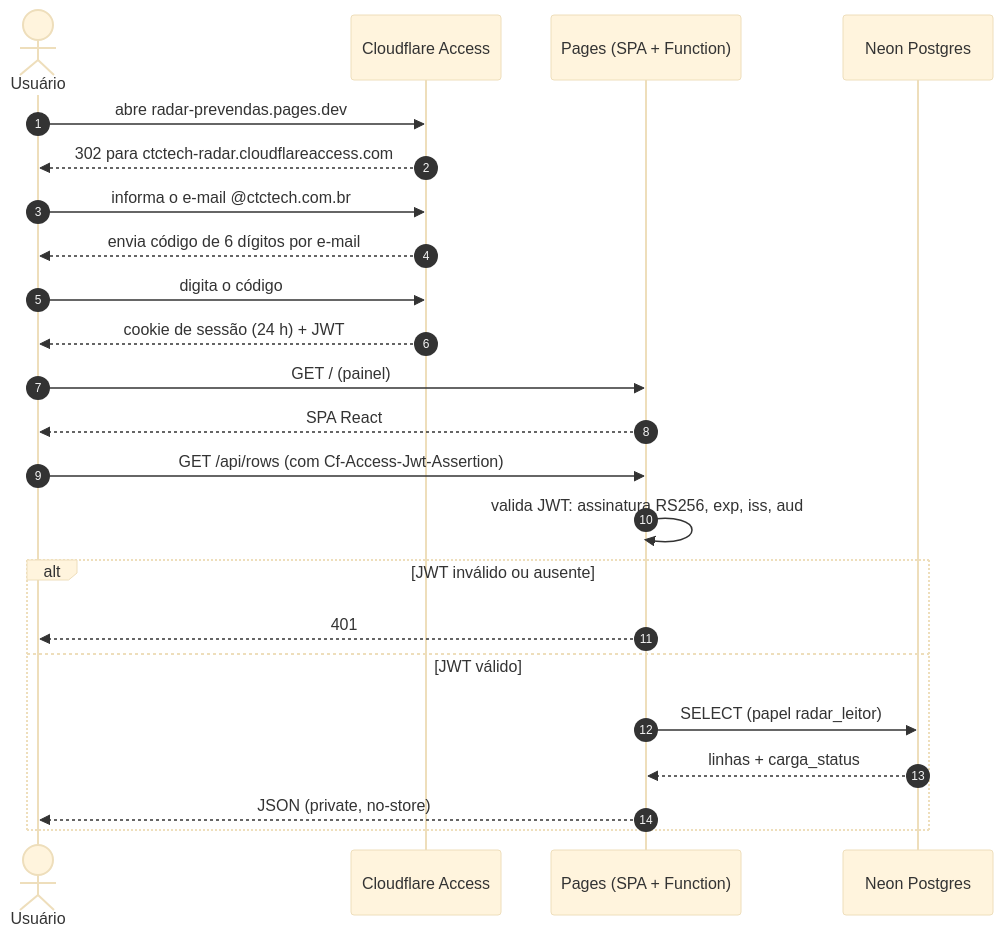
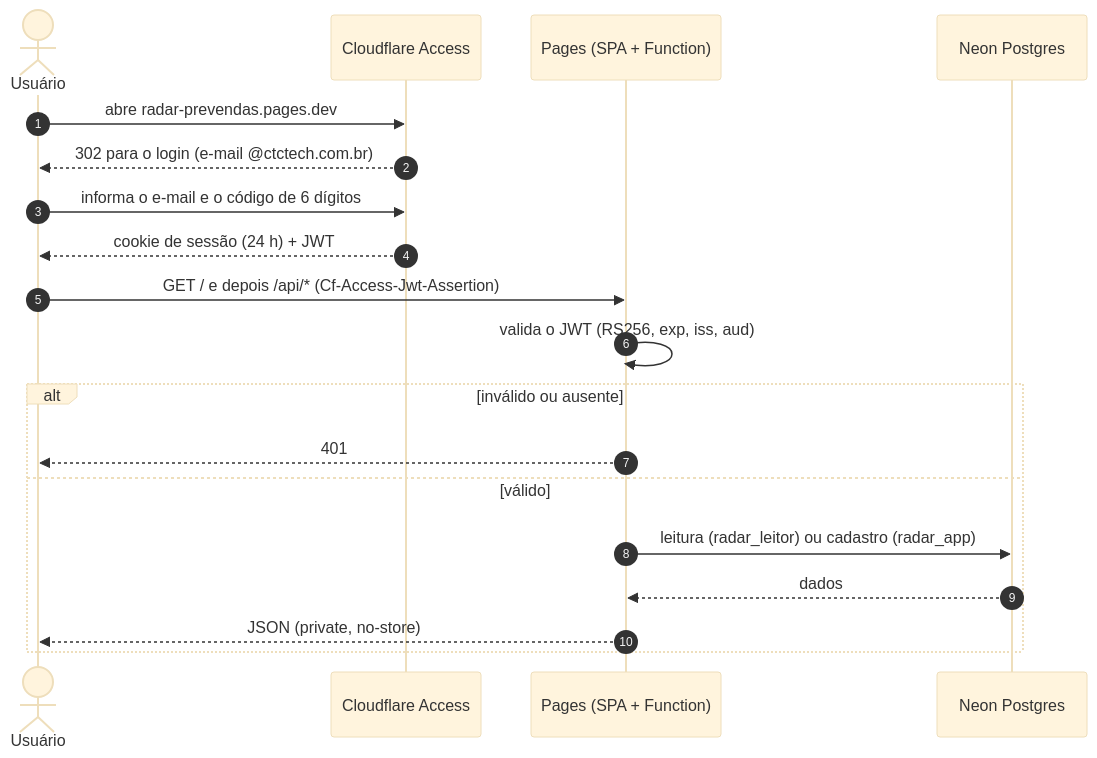
The third of 7 diagrams in docs/ARQUITETURA.md (agentanalisedegoverno-svg/dashboard-metrics-team), drawn with Mermaid (base theme) before and after one commit. The commit also changed other lines of this file and 12 other files, not shown here.

First line of the commit message:
docs: arquitetura, operação, integração Planner, backup e roadmap atualizados; planner-auto versionado

````diff
--- a/docs/ARQUITETURA.md
+++ b/docs/ARQUITETURA.md
@@ -93,26 +114,22 @@
 ```mermaid
 sequenceDiagram
   autonumber
   actor U as Usuário
   participant AC as Cloudflare Access
   participant PG as Pages (SPA + Function)
   participant DB as Neon Postgres
 
   U->>AC: abre radar-prevendas.pages.dev
-  AC-->>U: 302 para ctctech-radar.cloudflareaccess.com
-  U->>AC: informa o e-mail @ctctech.com.br
-  AC-->>U: envia código de 6 dígitos por e-mail
-  U->>AC: digita o código
+  AC-->>U: 302 para o login (e-mail @ctctech.com.br)
+  U->>AC: informa o e-mail e o código de 6 dígitos
   AC-->>U: cookie de sessão (24 h) + JWT
-  U->>PG: GET / (painel)
-  PG-->>U: SPA React
-  U->>PG: GET /api/rows (com Cf-Access-Jwt-Assertion)
-  PG->>PG: valida JWT: assinatura RS256, exp, iss, aud
-  alt JWT inválido ou ausente
+  U->>PG: GET / e depois /api/* (Cf-Access-Jwt-Assertion)
+  PG->>PG: valida o JWT (RS256, exp, iss, aud)
+  alt inválido ou ausente
     PG-->>U: 401
-  else JWT válido
-    PG->>DB: SELECT (papel radar_leitor)
-    DB-->>PG: linhas + carga_status
+  else válido
+    PG->>DB: leitura (radar_leitor) ou cadastro (radar_app)
+    DB-->>PG: dados
     PG-->>U: JSON (private, no-store)
   end
 ```
````
